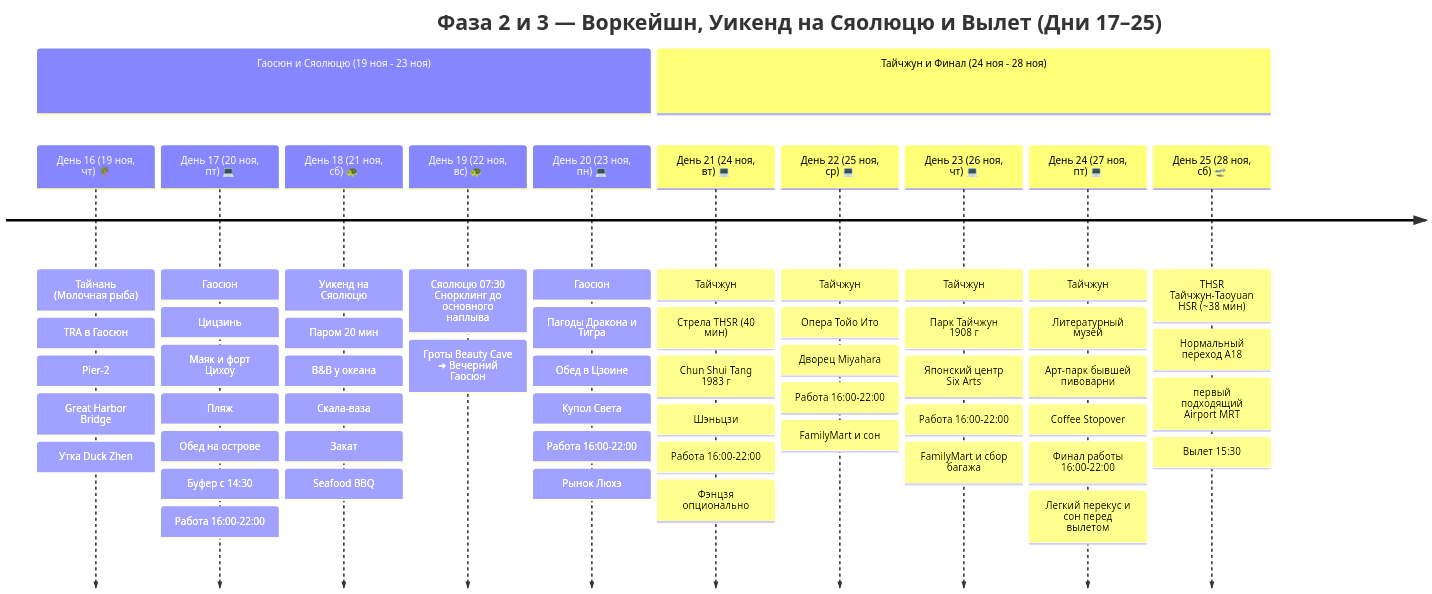
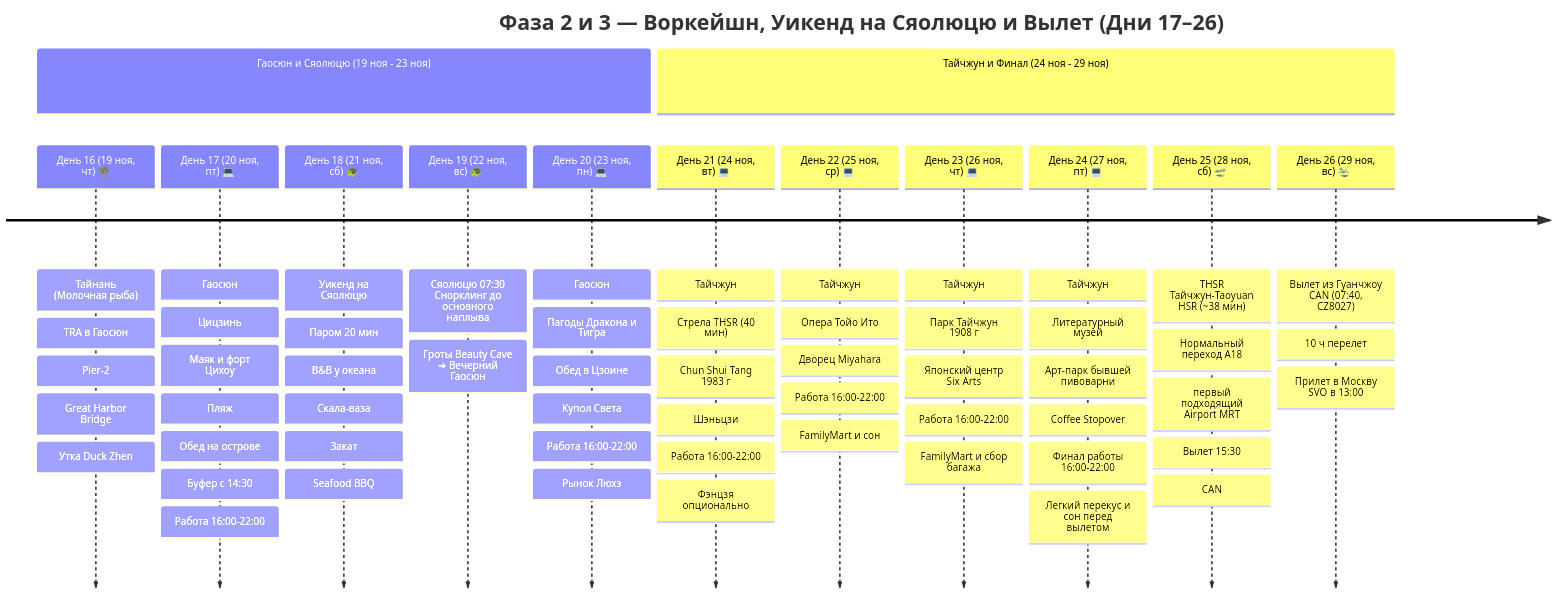
One commit to injurka/obsidian-mark changed the second of 2 diagrams in Personal Note/Travel/-- Taiwan/Taiwan.md. Above: the diagram before and after it, drawn with Mermaid. The commit also changed other lines of this file and 16 other files, not shown here.

````diff
--- a/Personal Note/Travel/-- Taiwan/Taiwan.md
+++ b/Personal Note/Travel/-- Taiwan/Taiwan.md
@@ -71,16 +73,17 @@
 ```mermaid
 timeline
-    title Фаза 2 и 3 — Воркейшн, Уикенд на Сяолюцю и Вылет (Дни 17–25)
+    title Фаза 2 и 3 — Воркейшн, Уикенд на Сяолюцю и Вылет (Дни 17–26)
     section Гаосюн и Сяолюцю (19 ноя - 23 ноя)
         День 16 (19 ноя, чт) 🌴 : Тайнань (Молочная рыба) : TRA в Гаосюн : Pier-2 : Great Harbor Bridge : Утка Duck Zhen
         День 17 (20 ноя, пт) 💻 : Гаосюн : Цицзинь : Маяк и форт Цихоу : Пляж : Обед на острове : Буфер с 14:30 : Работа 16:00-22:00
         День 18 (21 ноя, сб) 🐢 : Уикенд на Сяолюцю : Паром 20 мин : B&B у океана : Скала-ваза : Закат : Seafood BBQ
         День 19 (22 ноя, вс) 🐢 : Сяолюцю 07:30 Снорклинг до основного наплыва : Гроты Beauty Cave ➔ Вечерний Гаосюн
         День 20 (23 ноя, пн) 💻 : Гаосюн : Пагоды Дракона и Тигра : Обед в Цзоине : Купол Света : Работа 16:00-22:00 : Рынок Люхэ
-    section Тайчжун и Финал (24 ноя - 28 ноя)
+    section Тайчжун и Финал (24 ноя - 29 ноя)
         День 21 (24 ноя, вт) 💻 : Тайчжун : Стрела THSR (40 мин) : Chun Shui Tang 1983 г : Шэньцзи : Работа 16:00-22:00 : Фэнцзя опционально
         День 22 (25 ноя, ср) 💻 : Тайчжун : Опера Тойо Ито : Дворец Miyahara : Работа 16:00-22:00 : FamilyMart и сон
         День 23 (26 ноя, чт) 💻 : Тайчжун : Парк Тайчжун 1908 г : Японский центр Six Arts : Работа 16:00-22:00 : FamilyMart и сбор багажа
         День 24 (27 ноя, пт) 💻 : Тайчжун : Литературный музей : Арт-парк бывшей пивоварни : Coffee Stopover : Финал работы 16:00-22:00 : Легкий перекус и сон перед вылетом
-        День 25 (28 ноя, сб) 🛫 : THSR Тайчжун-Taoyuan HSR (~38 мин) : Нормальный переход A18 : первый подходящий Airport MRT : Вылет 15:30
+        День 25 (28 ноя, сб) 🛫 : THSR Тайчжун-Taoyuan HSR (~38 мин) : Нормальный переход A18 : первый подходящий Airport MRT : Вылет 15:30 : CAN
+        День 26 (29 ноя, вс) 🛬 : Вылет из Гуанчжоу CAN (07:40, CZ8027) : 10 ч перелет : Прилет в Москву SVO в 13:00
 ```
````
